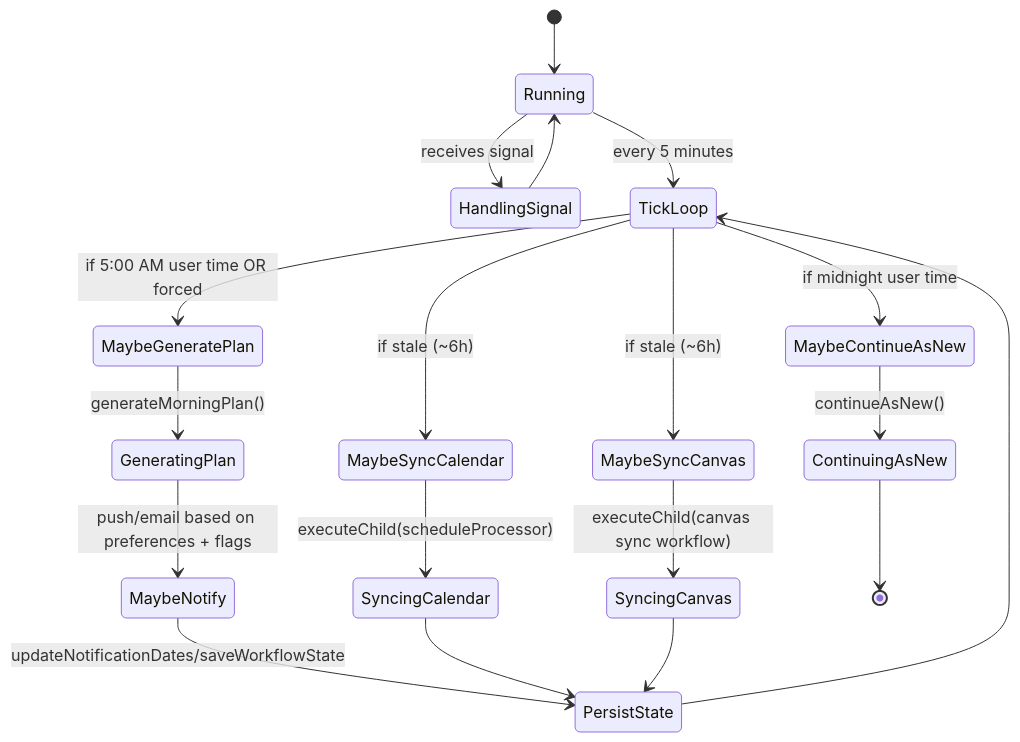
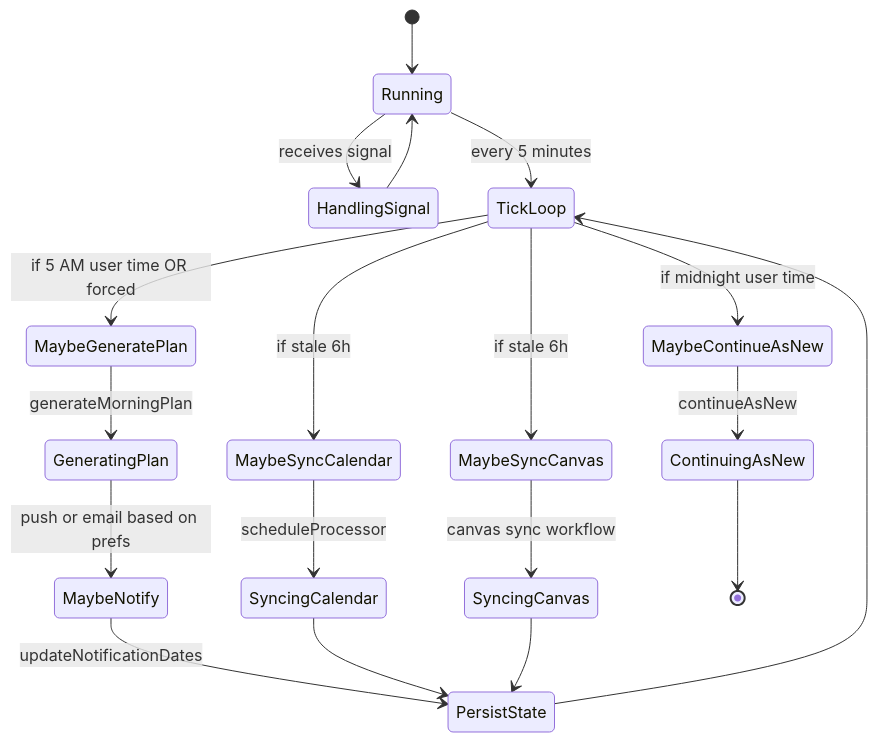
Diagram 11 of 23 in docs/engineering/architecture/how-dormway-works.mdx (DormWay/mintlify-docs), drawn with Mermaid before and after one commit.

Commit message:
fix: simplify state diagram labels for Mermaid 11.x
Remove parentheses, colons, and special chars from stateDiagram
transition labels - Mermaid 11.x is strict about these.

🤖 Generated with [Claude Code](https://claude.com/claude-code)

````diff
--- a/docs/engineering/architecture/how-dormway-works.mdx
+++ b/docs/engineering/architecture/how-dormway-works.mdx
@@ -620,25 +620,25 @@
 ```mermaid
 stateDiagram-v2
   [*] --> Running
-  Running --> HandlingSignal: receives signal
+  Running --> HandlingSignal : receives signal
   HandlingSignal --> Running
 
-  Running --> TickLoop: every 5 minutes
-  TickLoop --> MaybeGeneratePlan: if 5:00 AM user time OR forced
-  MaybeGeneratePlan --> GeneratingPlan: generateMorningPlan()
-  GeneratingPlan --> MaybeNotify: push/email based on preferences + flags
-  MaybeNotify --> PersistState: updateNotificationDates/saveWorkflowState
+  Running --> TickLoop : every 5 minutes
+  TickLoop --> MaybeGeneratePlan : if 5 AM user time OR forced
+  MaybeGeneratePlan --> GeneratingPlan : generateMorningPlan
+  GeneratingPlan --> MaybeNotify : push or email based on prefs
+  MaybeNotify --> PersistState : updateNotificationDates
   PersistState --> TickLoop
 
-  TickLoop --> MaybeSyncCalendar: if stale (~6h)
-  MaybeSyncCalendar --> SyncingCalendar: executeChild(scheduleProcessor)
+  TickLoop --> MaybeSyncCalendar : if stale 6h
+  MaybeSyncCalendar --> SyncingCalendar : scheduleProcessor
   SyncingCalendar --> PersistState
 
-  TickLoop --> MaybeSyncCanvas: if stale (~6h)
-  MaybeSyncCanvas --> SyncingCanvas: executeChild(canvas sync workflow)
+  TickLoop --> MaybeSyncCanvas : if stale 6h
+  MaybeSyncCanvas --> SyncingCanvas : canvas sync workflow
   SyncingCanvas --> PersistState
 
-  TickLoop --> MaybeContinueAsNew: if midnight user time
-  MaybeContinueAsNew --> ContinuingAsNew: continueAsNew()
+  TickLoop --> MaybeContinueAsNew : if midnight user time
+  MaybeContinueAsNew --> ContinuingAsNew : continueAsNew
   ContinuingAsNew --> [*]
 ```
````
